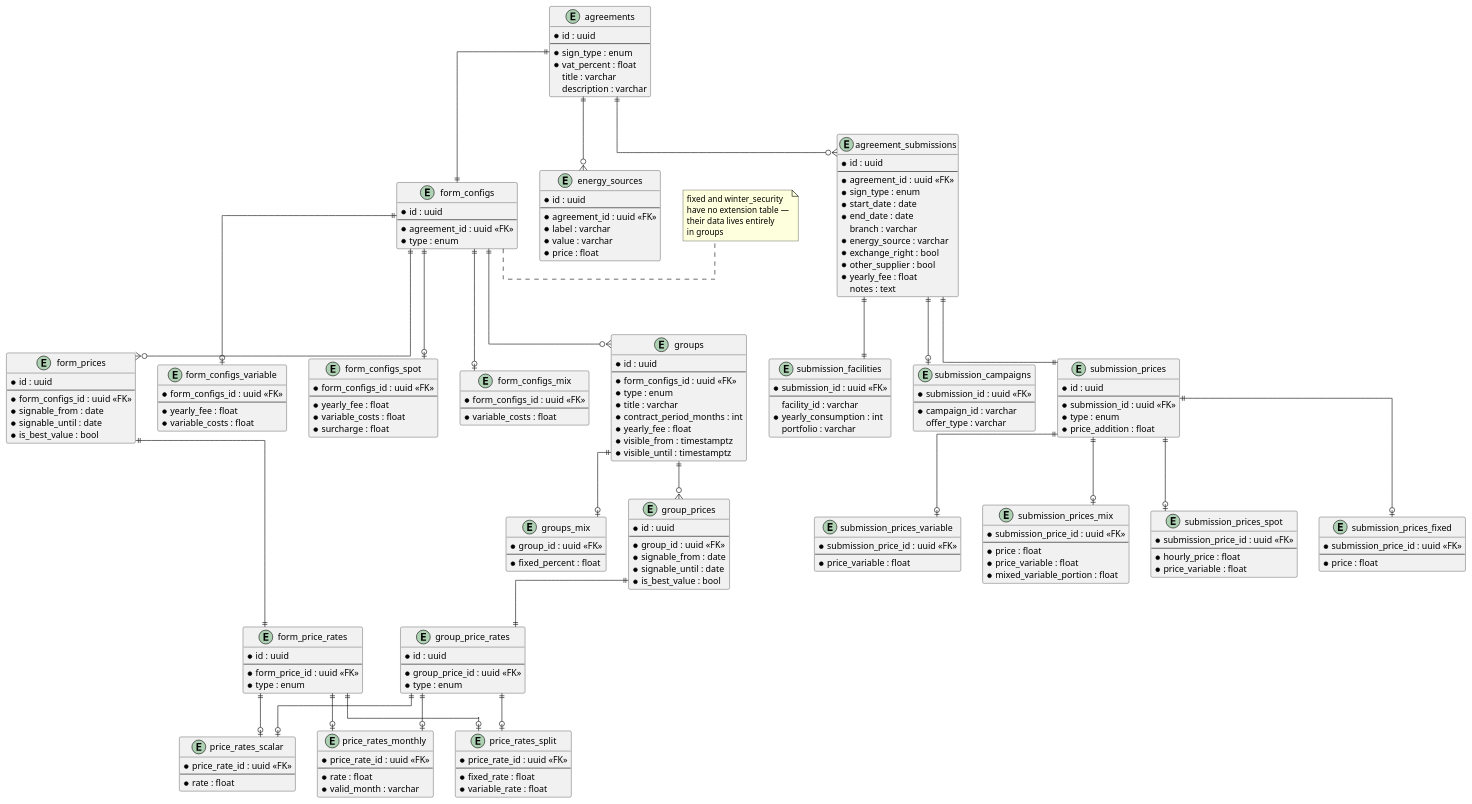
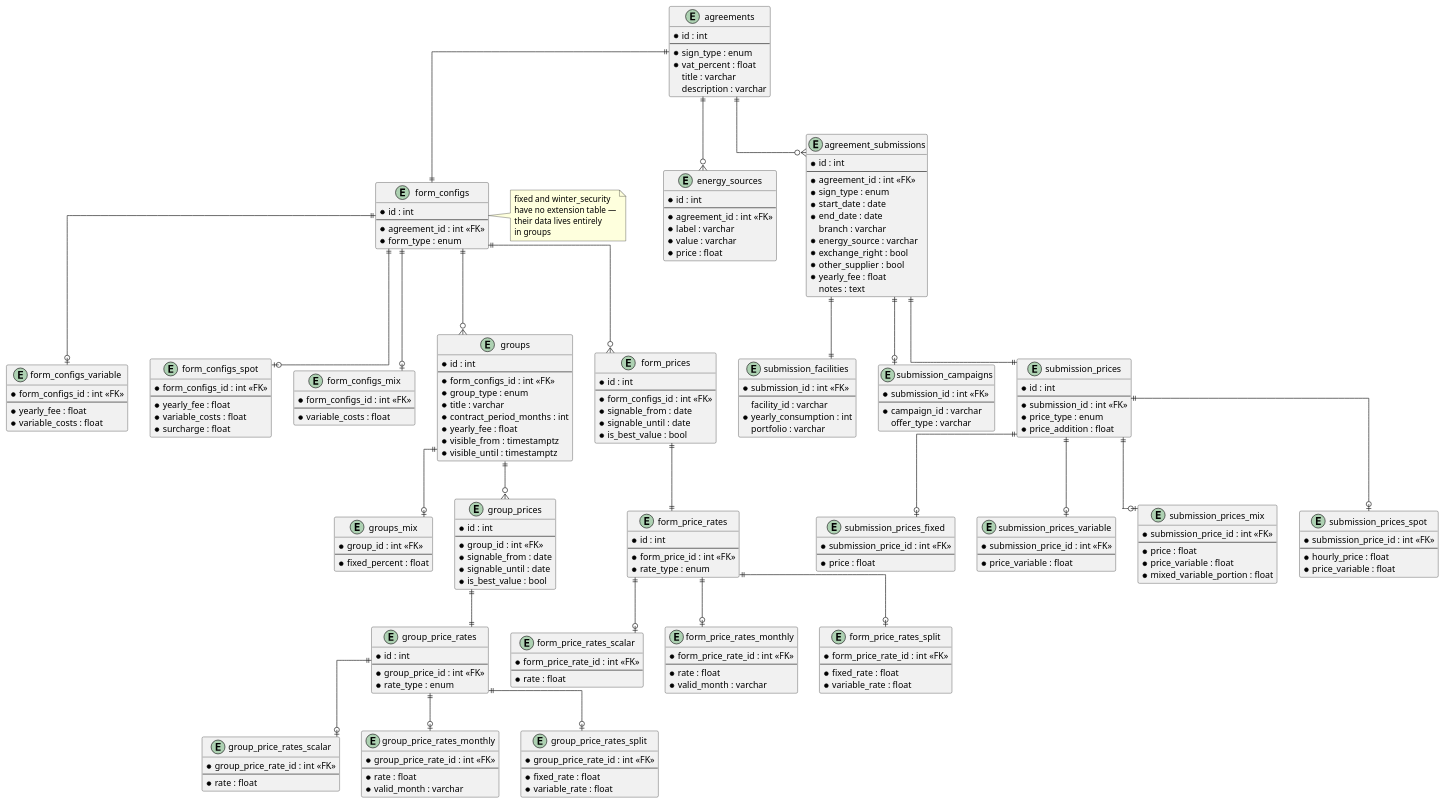
One commit to linusfri/glimr changed the diagram in architecture/database/diagram.puml. Above: the diagram before and after it, drawn with PlantUML. The commit also changed 54 other files, not shown here.

```diff
--- a/architecture/database/diagram.puml
+++ b/architecture/database/diagram.puml
@@ -8,7 +8,7 @@
 ' ─────────────────────────────────────────────
 
 entity agreements {
-  * id : uuid
+  * id : int
   --
   * sign_type : enum  /' new|resign|move|assigned_price|company '/
   * vat_percent : float
@@ -17,9 +17,9 @@
 }
 
 entity energy_sources {
-  * id : uuid
+  * id : int
   --
-  * agreement_id : uuid <<FK>>
+  * agreement_id : int <<FK>>
   * label : varchar
   * value : varchar
   * price : float
@@ -32,24 +32,24 @@
 ' ─────────────────────────────────────────────
 
 entity form_configs {
-  * id : uuid
+  * id : int
   --
-  * agreement_id : uuid <<FK>>
-  * type : enum  /' fixed|variable|mix|spot|winter_security '/
+  * agreement_id : int <<FK>>
+  * form_type : enum  /' fixed|variable|mix|spot|winter_security '/
 }
 
 
 /'Reasoning here is that a form type has uniform costs'
 that always applies to the form regardless of pricing that month'/
 entity form_configs_variable {
-  * form_configs_id : uuid <<FK>>
+  * form_configs_id : int <<FK>>
   --
   * yearly_fee : float
   * variable_costs : float
 }
 
 entity form_configs_spot {
-  * form_configs_id : uuid <<FK>>
+  * form_configs_id : int <<FK>>
   --
   * yearly_fee : float
   * variable_costs : float
@@ -57,7 +57,7 @@
 }
 
 entity form_configs_mix {
-  * form_configs_id : uuid <<FK>>
+  * form_configs_id : int <<FK>>
   --
   * variable_costs : float
 }
@@ -79,10 +79,10 @@
 ' ─────────────────────────────────────────────
 
 entity groups {
-  * id : uuid
+  * id : int
   --
-  * form_configs_id : uuid <<FK>>
-  * type : enum  /' fixed|mix '/
+  * form_configs_id : int <<FK>>
+  * group_type : enum  /' fixed|mix '/
   * title : varchar
   * contract_period_months : int
   * yearly_fee : float
@@ -91,7 +91,7 @@
 }
 
 entity groups_mix {
-  * group_id : uuid <<FK>>
+  * group_id : int <<FK>>
   --
   * fixed_percent : float
 }
@@ -104,18 +104,18 @@
 ' ─────────────────────────────────────────────
 
 entity form_prices {
-  * id : uuid
+  * id : int
   --
-  * form_configs_id : uuid <<FK>>  /' variable|spot '/
+  * form_configs_id : int <<FK>>  /' variable|spot '/
   * signable_from : date
   * signable_until : date
   * is_best_value : bool
 }
 
 entity group_prices {
-  * id : uuid
+  * id : int
   --
-  * group_id : uuid <<FK>>  /' fixed|mix|winter_security '/
+  * group_id : int <<FK>>  /' fixed|mix|winter_security '/
   * signable_from : date
   * signable_until : date
   * is_best_value : bool
@@ -129,34 +129,54 @@
 ' ─────────────────────────────────────────────
 
 entity form_price_rates {
-  * id : uuid
+  * id : int
   --
-  * form_price_id : uuid <<FK>>
-  * type : enum  /' single|monthly|split '/
+  * form_price_id : int <<FK>>
+  * rate_type : enum  /' single|monthly|split '/
 }
 
 entity group_price_rates {
-  * id : uuid
+  * id : int
   --
-  * group_price_id : uuid <<FK>>
-  * type : enum  /' single|monthly|split '/
+  * group_price_id : int <<FK>>
+  * rate_type : enum  /' single|monthly|split '/
 }
 
-entity price_rates_scalar {
-  * price_rate_id : uuid <<FK>>
+entity form_price_rates_scalar {
+  * form_price_rate_id : int <<FK>>
   --
   * rate : float
 }
 
-entity price_rates_monthly {
-  * price_rate_id : uuid <<FK>>
+entity form_price_rates_monthly {
+  * form_price_rate_id : int <<FK>>
   --
   * rate : float
   * valid_month : varchar
 }
 
-entity price_rates_split {
-  * price_rate_id : uuid <<FK>>
+entity form_price_rates_split {
+  * form_price_rate_id : int <<FK>>
+  --
+  * fixed_rate : float
+  * variable_rate : float
+}
+
+entity group_price_rates_scalar {
+  * group_price_rate_id : int <<FK>>
+  --
+  * rate : float
+}
+
+entity group_price_rates_monthly {
+  * group_price_rate_id : int <<FK>>
+  --
+  * rate : float
+  * valid_month : varchar
+}
+
+entity group_price_rates_split {
+  * group_price_rate_id : int <<FK>>
   --
   * fixed_rate : float
   * variable_rate : float
@@ -164,21 +184,21 @@
 
 form_prices ||--|| form_price_rates
 group_prices ||--|| group_price_rates
-form_price_rates ||--o| price_rates_scalar
-form_price_rates ||--o| price_rates_monthly
-form_price_rates ||--o| price_rates_split
-group_price_rates ||--o| price_rates_scalar
-group_price_rates ||--o| price_rates_monthly
-group_price_rates ||--o| price_rates_split
+form_price_rates ||--o| form_price_rates_scalar
+form_price_rates ||--o| form_price_rates_monthly
+form_price_rates ||--o| form_price_rates_split
+group_price_rates ||--o| group_price_rates_scalar
+group_price_rates ||--o| group_price_rates_monthly
+group_price_rates ||--o| group_price_rates_split
 
 ' ─────────────────────────────────────────────
 ' AGREEMENT SUBMISSIONS
 ' ─────────────────────────────────────────────
 
 entity agreement_submissions {
-  * id : uuid
+  * id : int
   --
-  * agreement_id : uuid <<FK>>
+  * agreement_id : int <<FK>>
   * sign_type : enum /'new|resign|move|assigned_price|company'/
   * start_date : date
   * end_date : date
@@ -191,7 +211,7 @@
 }
 
 entity submission_facilities {
-  * submission_id : uuid <<FK>>
+  * submission_id : int <<FK>>
   --
   facility_id : varchar
   * yearly_consumption : int
@@ -199,7 +219,7 @@
 }
 
 entity submission_campaigns {
-  * submission_id : uuid <<FK>>
+  * submission_id : int <<FK>>
   --
   * campaign_id : varchar /'Can be arbitrary string'/
   offer_type : varchar
@@ -214,27 +234,27 @@
 ' ─────────────────────────────────────────────
 
 entity submission_prices {
-  * id : uuid
+  * id : int
   --
-  * submission_id : uuid <<FK>>
-  * type : enum  /' fixed|variable|mix|spot '/
+  * submission_id : int <<FK>>
+  * price_type : enum  /' fixed|variable|mix|spot '/
   * price_addition : float
 }
 
 entity submission_prices_fixed {
-  * submission_price_id : uuid <<FK>>
+  * submission_price_id : int <<FK>>
   --
   * price : float
 }
 
 entity submission_prices_variable {
-  * submission_price_id : uuid <<FK>>
+  * submission_price_id : int <<FK>>
   --
   * price_variable : float
 }
 
 entity submission_prices_mix {
-  * submission_price_id : uuid <<FK>>
+  * submission_price_id : int <<FK>>
   --
   * price : float
   * price_variable : float
@@ -242,7 +262,7 @@
 }
 
 entity submission_prices_spot {
-  * submission_price_id : uuid <<FK>>
+  * submission_price_id : int <<FK>>
   --
   * hourly_price : float
   * price_variable : float
```
